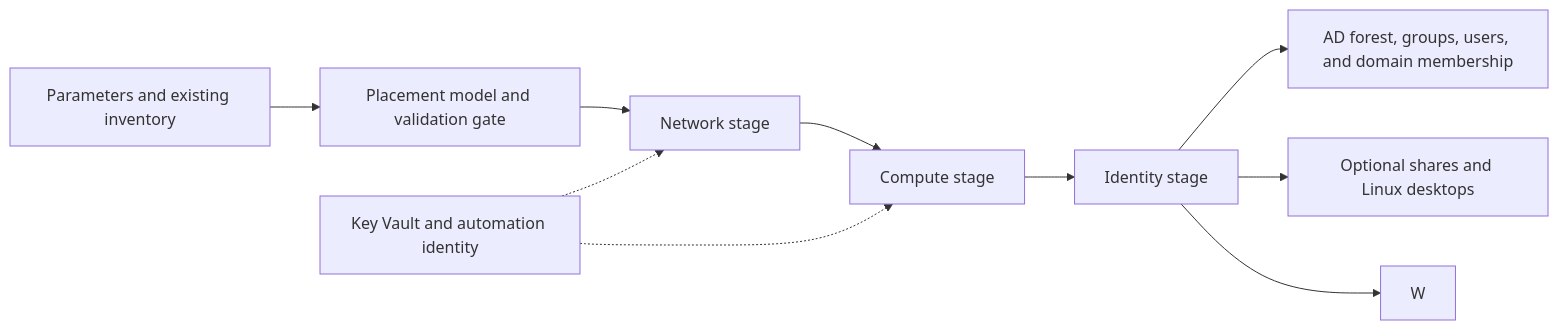
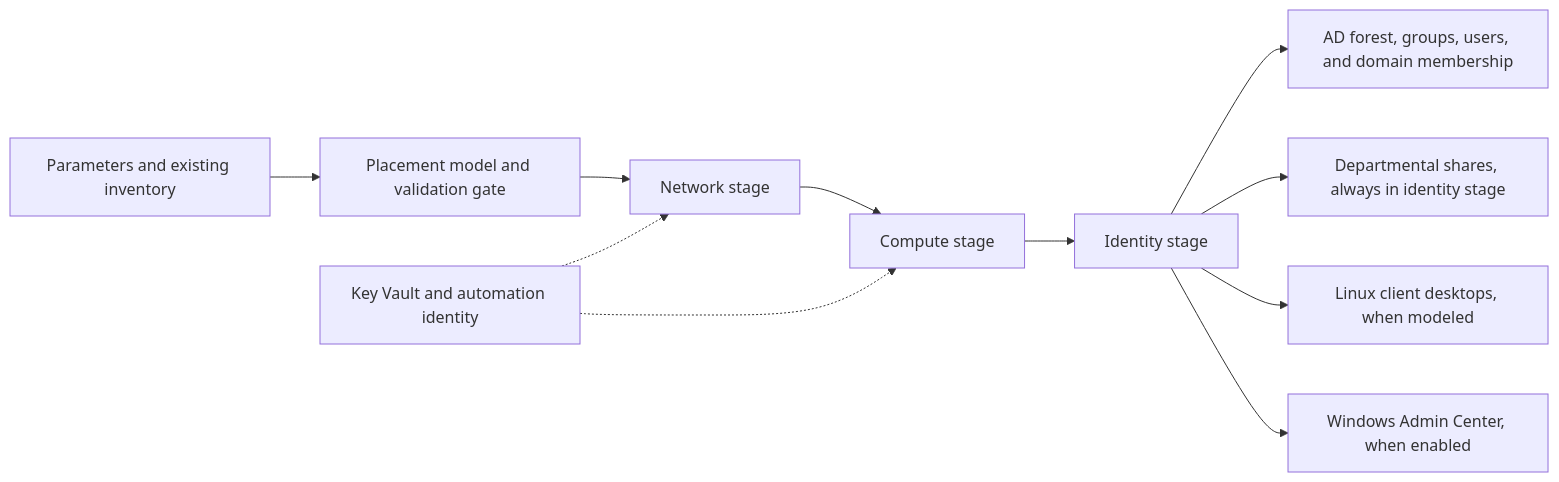
One commit to andriesdutoit-svg/azure-multiregion-lab changed the first of 2 diagrams in docs/architecture.md. Above: the diagram before and after it, drawn with Mermaid. The commit also changed other lines of this file and 19 other files, not shown here.

````diff
--- a/docs/architecture.md
+++ b/docs/architecture.md
@@ -13,12 +13,13 @@
 ```mermaid
 flowchart LR
   P[Parameters and existing inventory] --> R[Placement model and validation gate]
   R --> N[Network stage]
   N --> C[Compute stage]
   C --> I[Identity stage]
   F[Key Vault and automation identity] -.-> N
   F -.-> C
   I --> A[AD forest, groups, users, and domain membership]
-  I --> O[Optional shares and Linux desktops]
-  I --> W
+  I --> S[Departmental shares, always in identity stage]
+  I --> L[Linux client desktops, when modeled]
+  I --> W[Windows Admin Center, when enabled]
 ```
````
